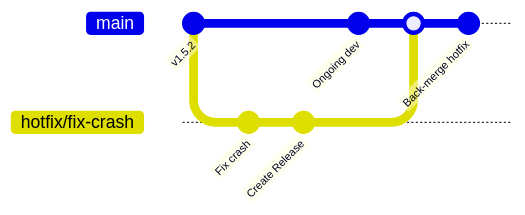
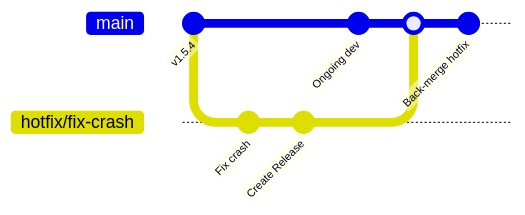
Before and after one commit to PlainsightAI/openfilter: the second of 2 diagrams in CONTRIBUTING.md, drawn with Mermaid. The commit also changed other lines of this file and 8 other files, not shown here.

````diff
--- a/CONTRIBUTING.md
+++ b/CONTRIBUTING.md
@@ -397,12 +397,12 @@
 ```mermaid
 gitGraph
-   commit id: "v1.5.2"
+   commit id: "v1.5.4"
    branch hotfix/fix-crash
    commit id: "Fix crash"
    commit id: "Create Release"
    checkout main
    commit id: "Ongoing dev"
    merge hotfix/fix-crash
    commit id: "Back-merge hotfix"
 
 ```
````
